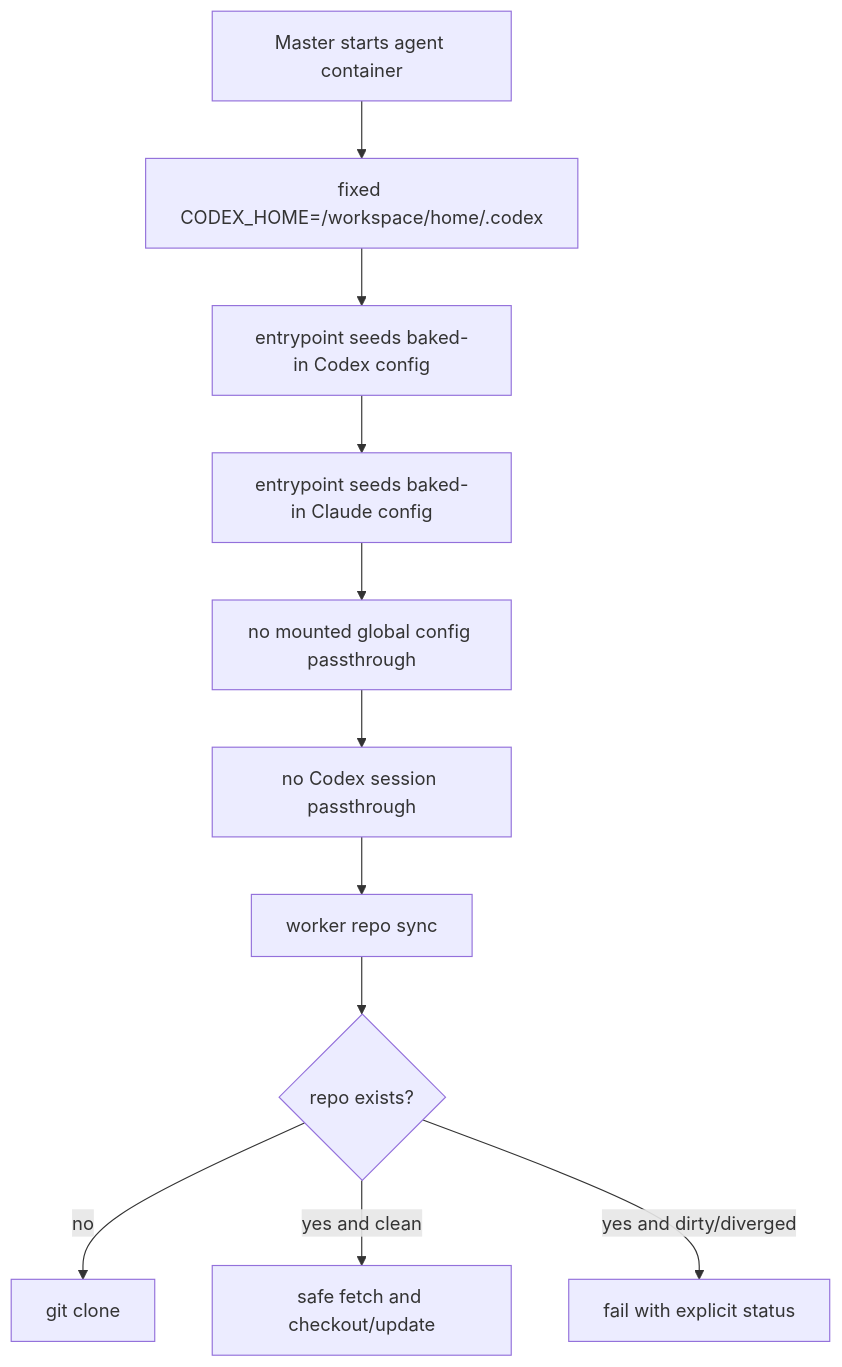
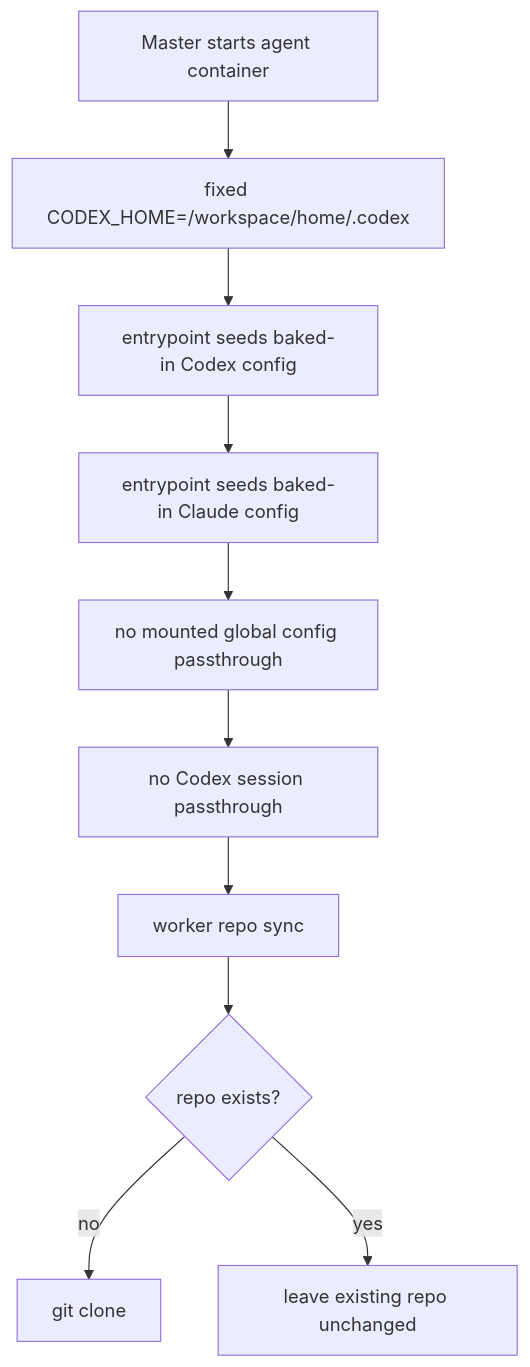
The diagram in docs/decisions/0004-agent-runtime-cleanup.md (pandazxx/codex-slack), drawn with Mermaid before and after one commit. The commit also changed other lines of this file and 1 other file, not shown here.

Commit message:
docs: simplify runtime cleanup repo policy

````diff
--- a/docs/decisions/0004-agent-runtime-cleanup.md
+++ b/docs/decisions/0004-agent-runtime-cleanup.md
@@ -107,13 +107,12 @@
 ```mermaid
 flowchart TD
     A[Master starts agent container] --> B[fixed CODEX_HOME=/workspace/home/.codex]
     B --> C[entrypoint seeds baked-in Codex config]
     C --> D[entrypoint seeds baked-in Claude config]
     D --> E[no mounted global config passthrough]
     E --> F[no Codex session passthrough]
     F --> G[worker repo sync]
     G --> H{repo exists?}
     H -->|no| I[git clone]
-    H -->|yes and clean| J[safe fetch and checkout/update]
-    H -->|yes and dirty/diverged| K[fail with explicit status]
+    H -->|yes| J[leave existing repo unchanged]
 ```
````
